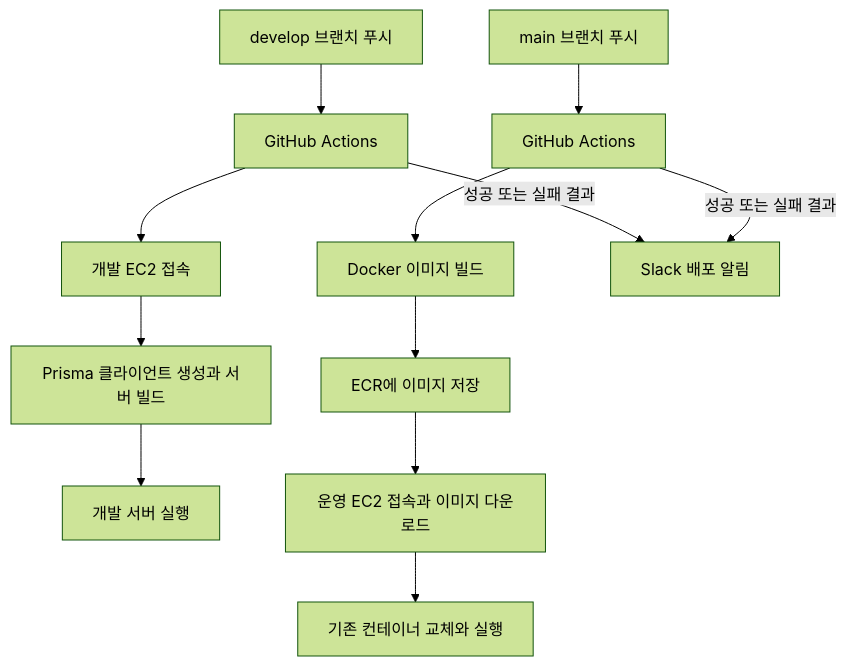
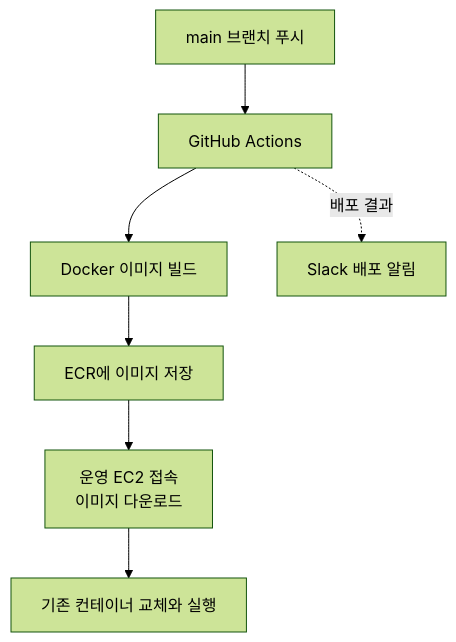
One commit to KimHG1995/work-history changed the third of 3 diagrams in projects/education-services/art-service-renewal.md. Above: the diagram before and after it, drawn with Mermaid (forest theme). The commit also changed other lines of this file and 18 other files, not shown here.

Commit message:
docs: 공개 Mermaid 다이어그램 가독성 전수 개선

````diff
--- a/projects/education-services/art-service-renewal.md
+++ b/projects/education-services/art-service-renewal.md
@@ -78,14 +91,9 @@
 ```mermaid
-flowchart TD
-    dev["develop 브랜치 푸시"] --> devaction["GitHub Actions"]
-    devaction --> devec2["개발 EC2 접속"]
-    devec2 --> build["Prisma 클라이언트 생성과 서버 빌드"]
-    build --> run["개발 서버 실행"]
+flowchart TB
     prod["main 브랜치 푸시"] --> prodaction["GitHub Actions"]
     prodaction --> image["Docker 이미지 빌드"]
     image --> ecr["ECR에 이미지 저장"]
-    ecr --> prodec2["운영 EC2 접속과 이미지 다운로드"]
+    ecr --> prodec2["운영 EC2 접속<br/>이미지 다운로드"]
     prodec2 --> replace["기존 컨테이너 교체와 실행"]
-    devaction -->|성공 또는 실패 결과| slack["Slack 배포 알림"]
-    prodaction -->|성공 또는 실패 결과| slack
+    prodaction -.->|배포 결과| slack["Slack 배포 알림"]
 ```
````
